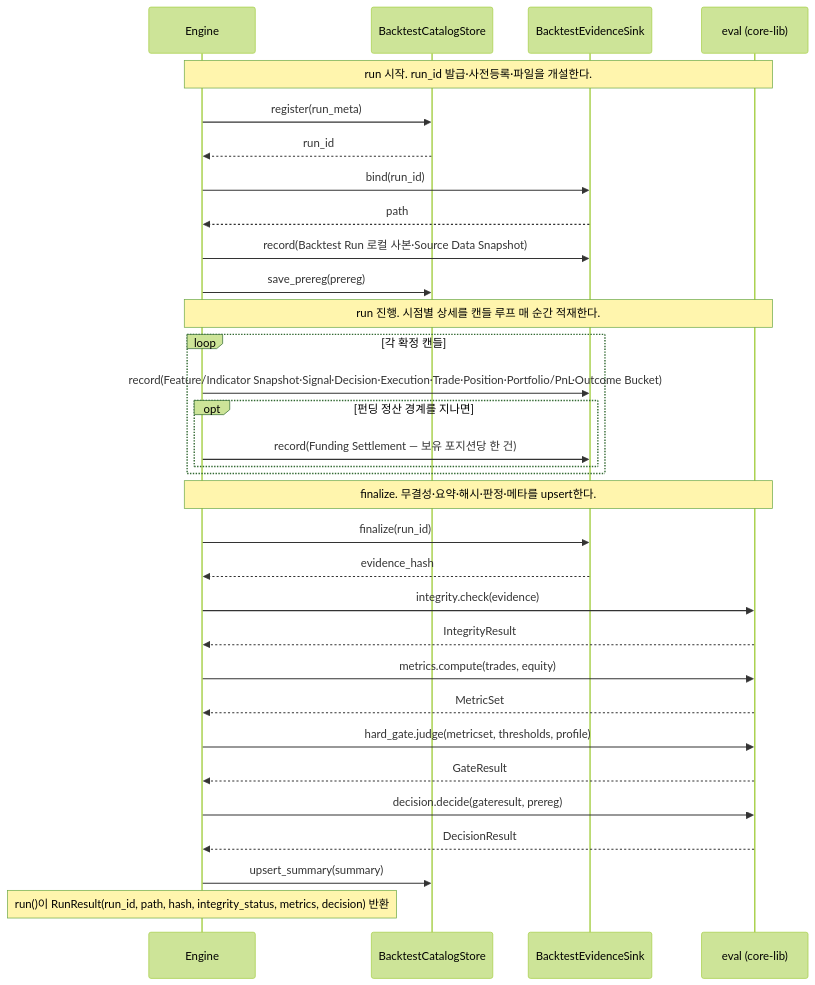
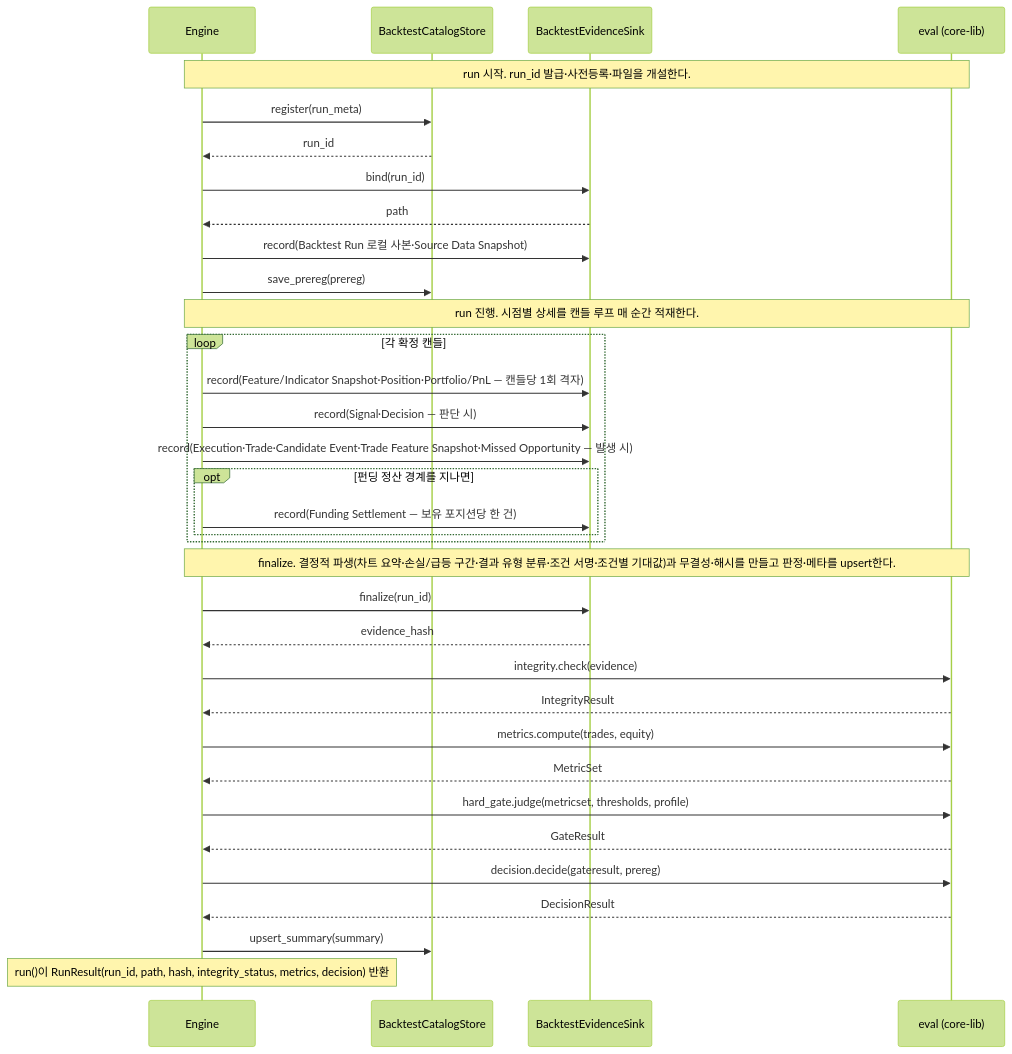
Diagram 25 of 25 in docs/fullspec/backtest_v2_detailed_design.md (vessel35/trading-system-v2), drawn with Mermaid (forest theme) before and after one commit. The commit also changed other lines of this file and 1 other file, not shown here.

````diff
--- a/docs/fullspec/backtest_v2_detailed_design.md
+++ b/docs/fullspec/backtest_v2_detailed_design.md
@@ -3347,34 +3388,36 @@
 ```mermaid
 sequenceDiagram
     participant ENG as Engine
     participant CS as BacktestCatalogStore
     participant EV as BacktestEvidenceSink
     participant EVAL as eval (core-lib)
     Note over ENG,EVAL: run 시작. run_id 발급·사전등록·파일을 개설한다.
     ENG->>CS: register(run_meta)
     CS-->>ENG: run_id
     ENG->>EV: bind(run_id)
     EV-->>ENG: path
     ENG->>EV: record(Backtest Run 로컬 사본·Source Data Snapshot)
     ENG->>CS: save_prereg(prereg)
     Note over ENG,EVAL: run 진행. 시점별 상세를 캔들 루프 매 순간 적재한다.
     loop 각 확정 캔들
-        ENG->>EV: record(Feature/Indicator Snapshot·Signal·Decision·Execution·Trade·Position·Portfolio/PnL·Outcome Bucket)
+        ENG->>EV: record(Feature/Indicator Snapshot·Position·Portfolio/PnL — 캔들당 1회 격자)
+        ENG->>EV: record(Signal·Decision — 판단 시)
+        ENG->>EV: record(Execution·Trade·Candidate Event·Trade Feature Snapshot·Missed Opportunity — 발생 시)
         opt 펀딩 정산 경계를 지나면
             ENG->>EV: record(Funding Settlement — 보유 포지션당 한 건)
         end
     end
-    Note over ENG,EVAL: finalize. 무결성·요약·해시·판정·메타를 upsert한다.
+    Note over ENG,EVAL: finalize. 결정적 파생(차트 요약·손실/급등 구간·결과 유형 분류·조건 서명·조건별 기대값)과 무결성·해시를 만들고 판정·메타를 upsert한다.
     ENG->>EV: finalize(run_id)
     EV-->>ENG: evidence_hash
     ENG->>EVAL: integrity.check(evidence)
     EVAL-->>ENG: IntegrityResult
     ENG->>EVAL: metrics.compute(trades, equity)
     EVAL-->>ENG: MetricSet
     ENG->>EVAL: hard_gate.judge(metricset, thresholds, profile)
     EVAL-->>ENG: GateResult
     ENG->>EVAL: decision.decide(gateresult, prereg)
     EVAL-->>ENG: DecisionResult
     ENG->>CS: upsert_summary(summary)
     Note over ENG: run()이 RunResult(run_id, path, hash, integrity_status, metrics, decision) 반환
 ```
````
